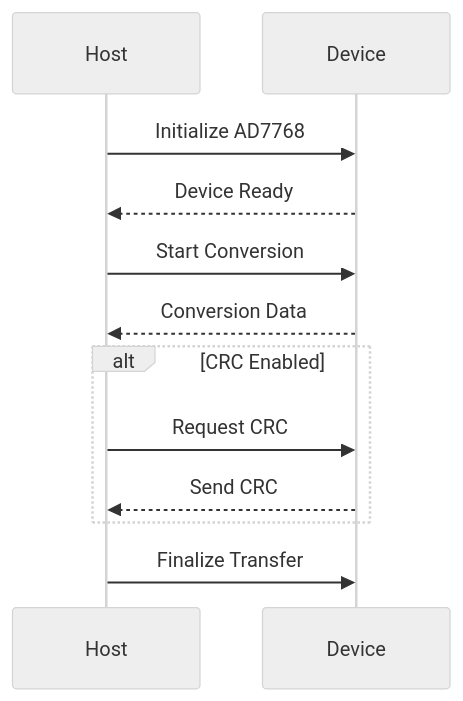
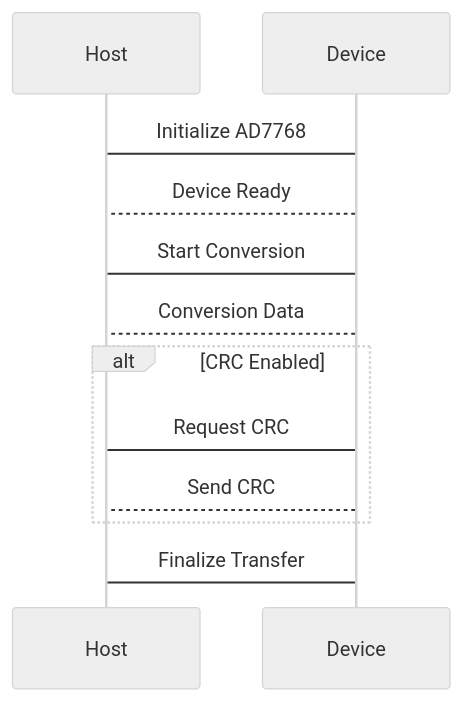
One commit to jvelasc25/no-OS-docs changed the diagram in drivers/adc/ad7768/README.rst. Above: the diagram before and after it, drawn with Mermaid (neutral theme).

Commit message:
drivers: adc: ad7768 : Updated README of AD7768

```diff
--- a/drivers/adc/ad7768/README.rst
+++ b/drivers/adc/ad7768/README.rst
@@ -232,14 +232,14 @@
 .. mermaid:: 
    
     sequenceDiagram
         participant Host
         participant Device
-        Host->>Device: Initialize AD7768
-        Device-->>Host: Device Ready
-        Host->>Device: Start Conversion
-        Device-->>Host: Conversion Data
+        Host->Device: Initialize AD7768
+        Device-->Host: Device Ready
+        Host->Device: Start Conversion
+        Device-->Host: Conversion Data
         alt CRC Enabled
-            Host->>Device: Request CRC
-            Device-->>Host: Send CRC
+            Host->Device: Request CRC
+            Device-->Host: Send CRC
         end
-        Host->>Device: Finalize Transfer
+        Host->Device: Finalize Transfer
```
